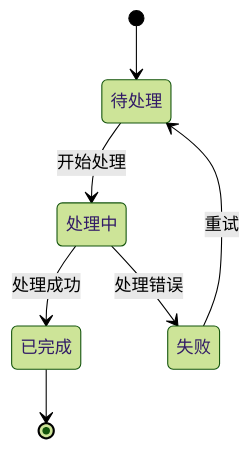
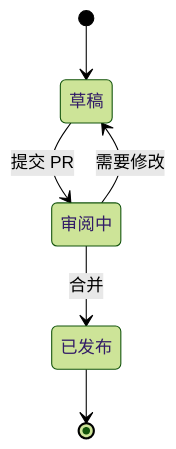
Before and after one commit to mhaibaraai/movk-nuxt-docs: the fourth of 7 diagrams in docs/content/docs/4.writing/5.mermaid.md, drawn with Mermaid (forest theme). The commit also changed other lines of this file and 34 other files, not shown here.

````diff
--- a/docs/content/docs/4.writing/5.mermaid.md
+++ b/docs/content/docs/4.writing/5.mermaid.md
@@ -178,9 +151,8 @@
 ```mermaid
 stateDiagram-v2
-    [*] --> 待处理
-    待处理 --> 处理中: 开始处理
-    处理中 --> 已完成: 处理成功
-    处理中 --> 失败: 处理错误
-    失败 --> 待处理: 重试
-    已完成 --> [*]
+    [*] --> 草稿
+    草稿 --> 审阅中: 提交 PR
+    审阅中 --> 草稿: 需要修改
+    审阅中 --> 已发布: 合并
+    已发布 --> [*]
 ```
````
